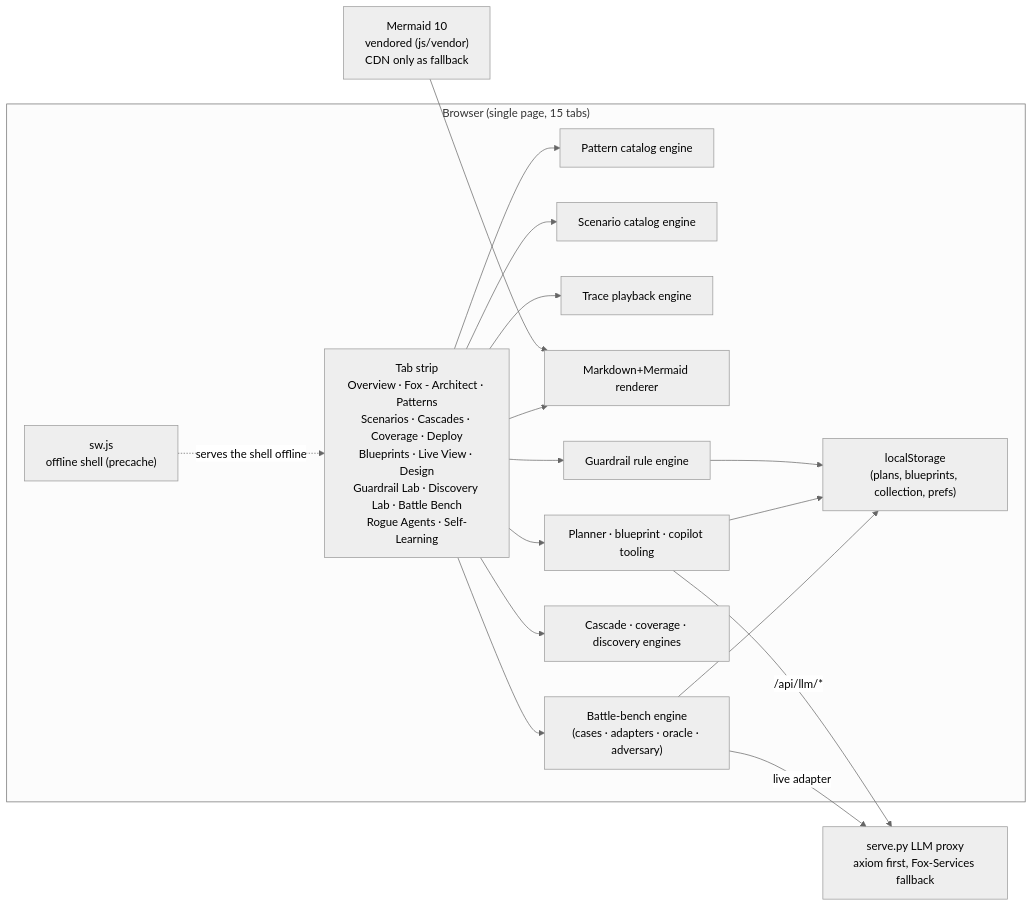
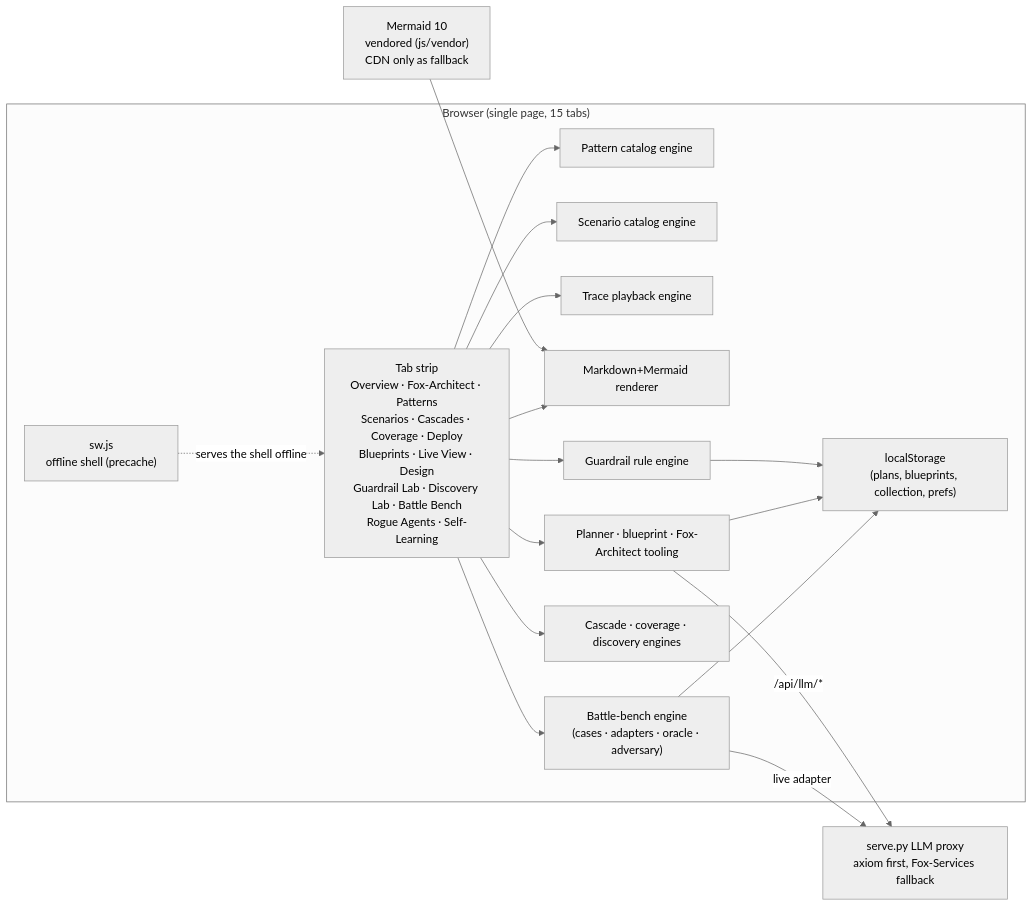
The second of 3 diagrams in design/01-system-context.md (harishgovardhandamodar/AI-Agents-Patterns), drawn with Mermaid (neutral theme) before and after one commit. The commit also changed other lines of this file and 43 other files, not shown here.

First line of the commit message:
Rebrand Copilot to Fox-Architect; workflows book counsel of architects

````diff
--- a/design/01-system-context.md
+++ b/design/01-system-context.md
@@ -55,25 +55,25 @@
 ```mermaid
 flowchart LR
   subgraph BROWSER["Browser (single page, 15 tabs)"]
-    TABS["Tab strip<br/>Overview · Fox - Architect · Patterns<br/>Scenarios · Cascades · Coverage · Deploy<br/>Blueprints · Live View · Design<br/>Guardrail Lab · Discovery Lab · Battle Bench<br/>Rogue Agents · Self-Learning"]
+    TABS["Tab strip<br/>Overview · Fox-Architect · Patterns<br/>Scenarios · Cascades · Coverage · Deploy<br/>Blueprints · Live View · Design<br/>Guardrail Lab · Discovery Lab · Battle Bench<br/>Rogue Agents · Self-Learning"]
     ENG1["Pattern catalog engine"]
     ENG2["Scenario catalog engine"]
     ENG3["Trace playback engine"]
     ENG4["Markdown+Mermaid renderer"]
     ENG5["Guardrail rule engine"]
-    ENG6["Planner · blueprint · copilot tooling"]
+    ENG6["Planner · blueprint · Fox-Architect tooling"]
     ENG7["Cascade · coverage · discovery engines"]
     ENG8["Battle-bench engine<br/>(cases · adapters · oracle · adversary)"]
     STORE["localStorage<br/>(plans, blueprints, collection, prefs)"]
     SW["sw.js<br/>offline shell (precache)"]
   end
 
   MM["Mermaid 10<br/>vendored (js/vendor)<br/>CDN only as fallback"] --> ENG4
   TABS --> ENG1 & ENG2 & ENG3 & ENG4 & ENG5 & ENG6 & ENG7 & ENG8
   ENG5 --> STORE
   ENG6 --> STORE
   ENG8 --> STORE
   SW -.->|"serves the shell offline"| TABS
   ENG6 -->|/api/llm/*| PROXY["serve.py LLM proxy<br/>axiom first, Fox-Services fallback"]
   ENG8 -->|live adapter| PROXY
 ```
````
